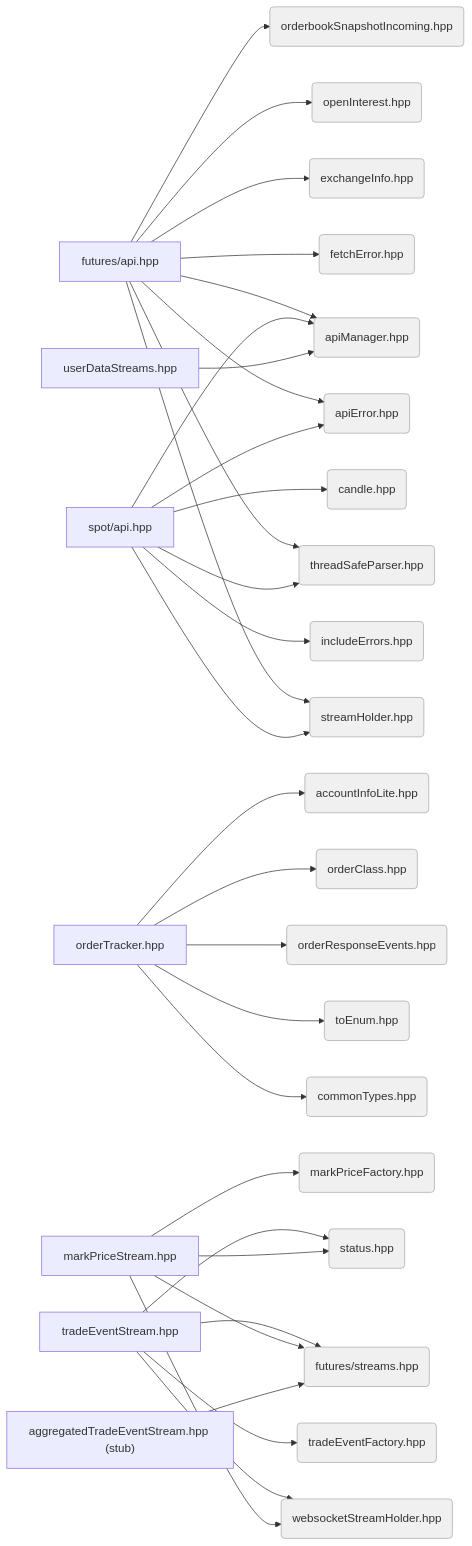
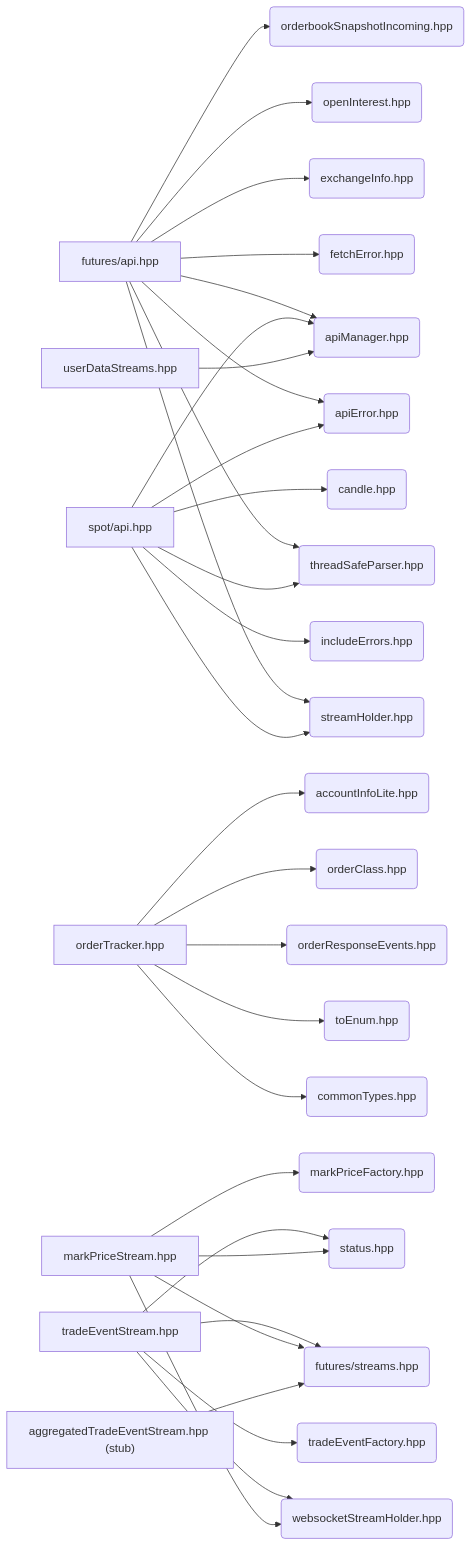
One commit to Datakan13/AstraConnect changed the fifth of 6 diagrams in doc/DEPENDENCY_GRAPH.md. Above: the diagram before and after it, drawn with Mermaid. The commit also changed other lines of this file, not shown here.

Commit message:
Fixed dependency graph

````diff
--- a/doc/DEPENDENCY_GRAPH.md
+++ b/doc/DEPENDENCY_GRAPH.md
@@ -248,55 +245,54 @@
 ```mermaid
 graph LR
-    classDef found fill:#f0f0f0,stroke:#aaa
 
-    MGR(apiManager.hpp):::found
-    SH(streamHolder.hpp):::found
-    TP(threadSafeParser.hpp):::found
-    AE(apiError.hpp):::found
-    FE(fetchError.hpp):::found
-    IE(includeErrors.hpp):::found
-    EI(exchangeInfo.hpp):::found
-    OI(openInterest.hpp):::found
-    OBS(orderbookSnapshotIncoming.hpp):::found
-    CN(candle.hpp):::found
-    CT(commonTypes.hpp):::found
-    TE(toEnum.hpp):::found
-    OC(orderClass.hpp):::found
-    ORE(orderResponseEvents.hpp):::found
-    AI(accountInfoLite.hpp):::found
-    FS(futures/streams.hpp):::found
-    WSH(websocketStreamHolder.hpp):::found
-    ST(status.hpp):::found
-    TF(tradeEventFactory.hpp):::found
-    MF(markPriceFactory.hpp):::found
+    MGR(apiManager.hpp)
+    SH(streamHolder.hpp)
+    TP(threadSafeParser.hpp)
+    AE(apiError.hpp)
+    FE(fetchError.hpp)
+    IE(includeErrors.hpp)
+    EI(exchangeInfo.hpp)
+    OI(openInterest.hpp)
+    OBS(orderbookSnapshotIncoming.hpp)
+    CN(candle.hpp)
+    CT(commonTypes.hpp)
+    TE(toEnum.hpp)
+    OC(orderClass.hpp)
+    ORE(orderResponseEvents.hpp)
+    AI(accountInfoLite.hpp)
+    FS(futures/streams.hpp)
+    WSH(websocketStreamHolder.hpp)
+    ST(status.hpp)
+    TF(tradeEventFactory.hpp)
+    MF(markPriceFactory.hpp)
 
     FA[futures/api.hpp]       --> MGR
     FA                        --> SH
     FA                        --> TP
     FA                        --> AE
     FA                        --> FE
     FA                        --> EI
     FA                        --> OI
     FA                        --> OBS
     SA[spot/api.hpp]          --> MGR
     SA                        --> SH
     SA                        --> TP
     SA                        --> AE
     SA                        --> IE
     SA                        --> CN
     UDSS[userDataStreams.hpp]  --> MGR
     OT[orderTracker.hpp]      --> CT
     OT                        --> TE
     OT                        --> ORE
     OT                        --> OC
     OT                        --> AI
     TES[tradeEventStream.hpp] --> FS
     TES                       --> WSH
     TES                       --> ST
     TES                       --> TF
     MPS[markPriceStream.hpp]  --> FS
     MPS                       --> WSH
     MPS                       --> ST
     MPS                       --> MF
     AGG["aggregatedTradeEventStream.hpp (stub)"] --> FS
 ```
````
